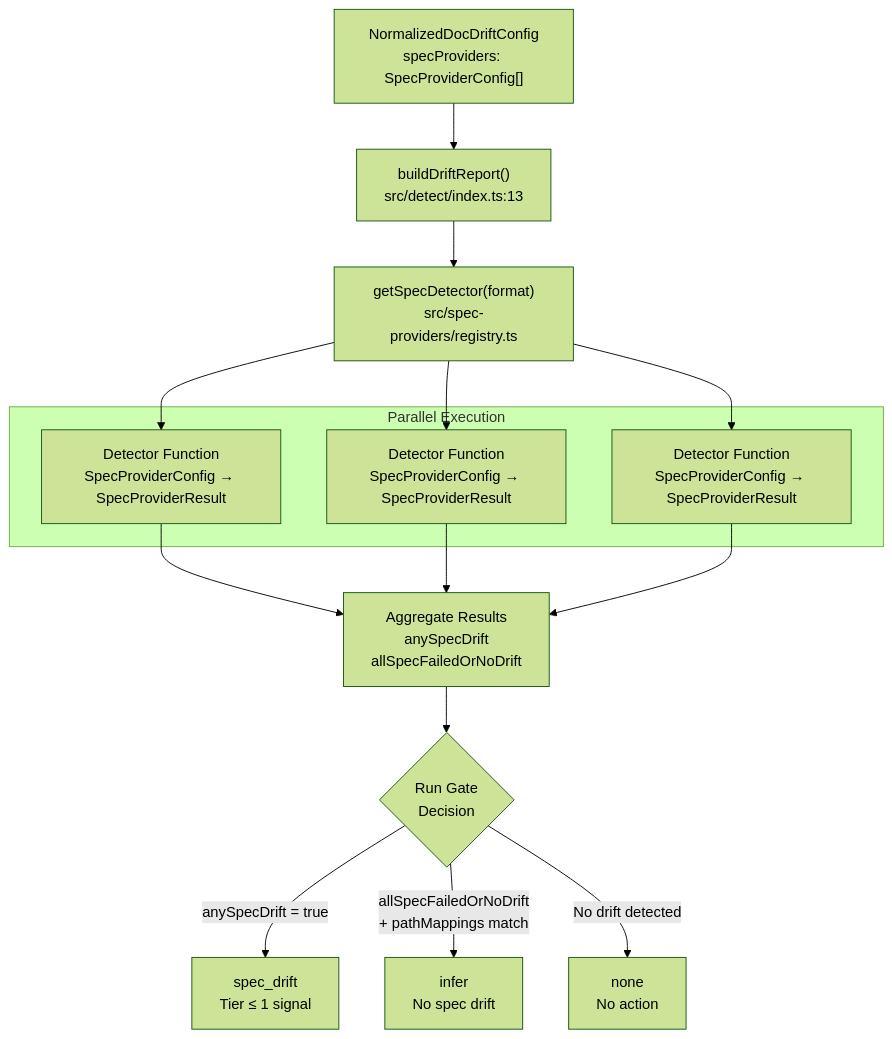
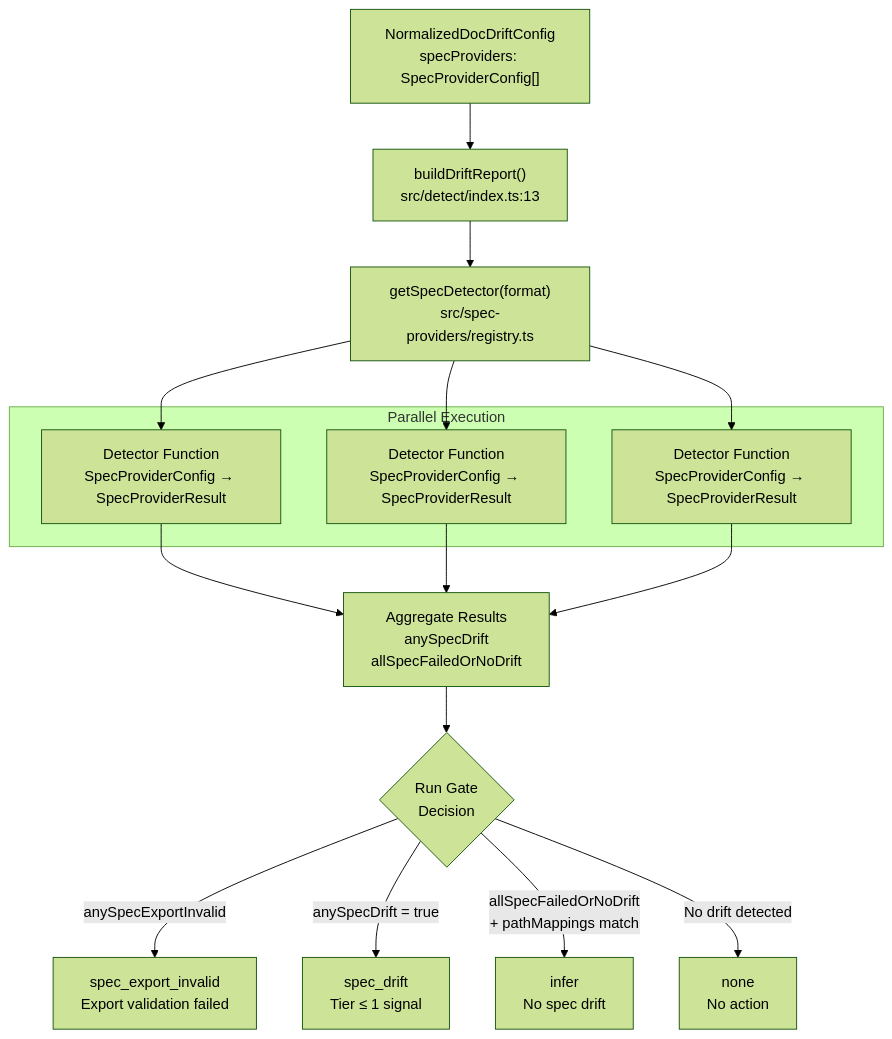
One commit to cameronking4/docdrift changed the first of 3 diagrams in docs/deepwiki/pages/spec-providers.mdx. Above: the diagram before and after it, drawn with Mermaid (forest theme). The commit also changed other lines of this file and 17 other files, not shown here.

First line of the commit message:
feat: introduce validation for OpenAPI spec completeness and update run gate logic

````diff
--- a/docs/deepwiki/pages/spec-providers.mdx
+++ b/docs/deepwiki/pages/spec-providers.mdx
@@ -123,39 +157,41 @@
 ```mermaid
 graph TB
     Config["NormalizedDocDriftConfig<br/>specProviders: SpecProviderConfig[]"]
     
     BuildDrift["buildDriftReport()<br/>src/detect/index.ts:13"]
     
     Registry["getSpecDetector(format)<br/>src/spec-providers/registry.ts"]
     
     subgraph "Parallel Execution"
         Detector1["Detector Function<br/>SpecProviderConfig → SpecProviderResult"]
         Detector2["Detector Function<br/>SpecProviderConfig → SpecProviderResult"]
         DetectorN["Detector Function<br/>SpecProviderConfig → SpecProviderResult"]
     end
     
     Aggregate["Aggregate Results<br/>anySpecDrift<br/>allSpecFailedOrNoDrift"]
     
     RunGate{"Run Gate<br/>Decision"}
     
+    SpecExportInvalid["spec_export_invalid<br/>Export validation failed"]
     SpecDrift["spec_drift<br/>Tier ≤ 1 signal"]
     Infer["infer<br/>No spec drift"]
     None["none<br/>No action"]
     
     Config --> BuildDrift
     BuildDrift --> Registry
     
     Registry --> Detector1
     Registry --> Detector2
     Registry --> DetectorN
     
     Detector1 --> Aggregate
     Detector2 --> Aggregate
     DetectorN --> Aggregate
     
     Aggregate --> RunGate
     
+    RunGate -->|"anySpecExportInvalid"| SpecExportInvalid
     RunGate -->|"anySpecDrift = true"| SpecDrift
     RunGate -->|"allSpecFailedOrNoDrift<br/>+ pathMappings match"| Infer
     RunGate -->|"No drift detected"| None
 ```
````
